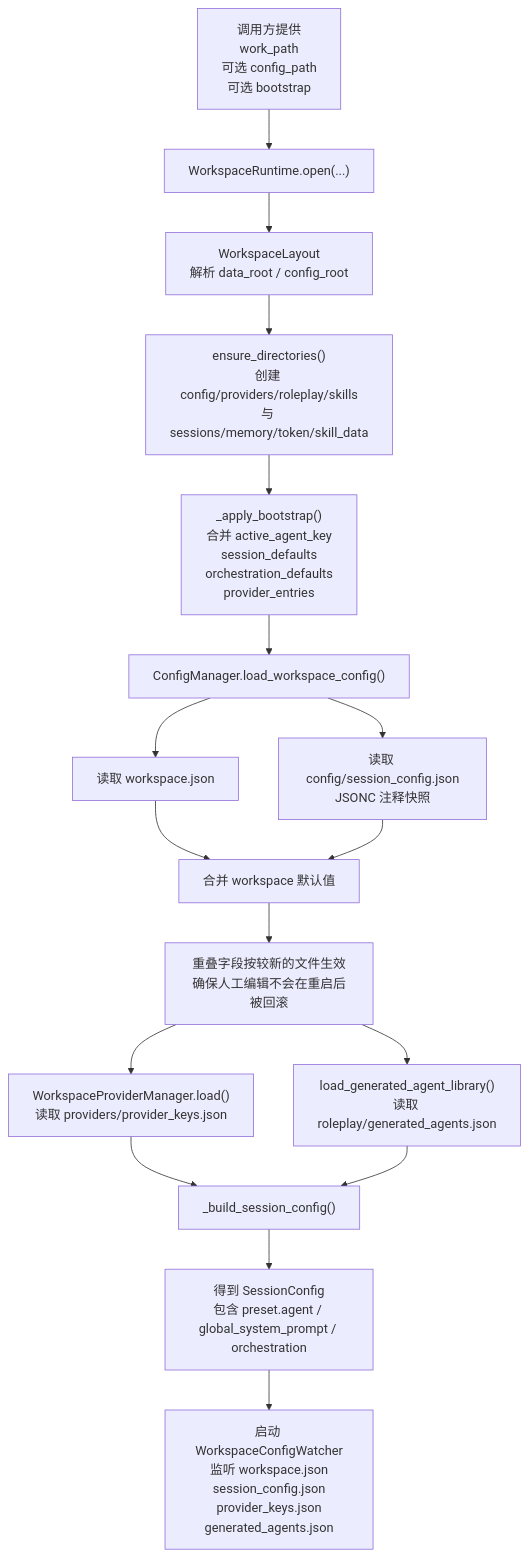
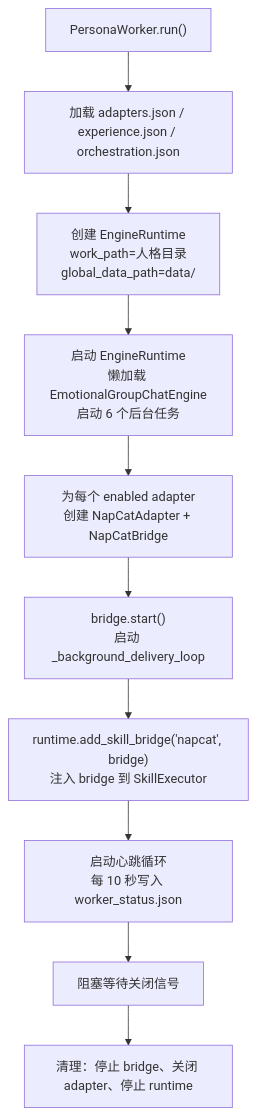
One commit to Sparrived/SiriusChat changed the third of 5 diagrams in docs/full-architecture-flow.md. Above: the diagram before and after it, drawn with Mermaid. The commit also changed other lines of this file and 4 other files, not shown here.

````diff
--- a/docs/full-architecture-flow.md
+++ b/docs/full-architecture-flow.md
@@ -57,19 +108,12 @@
 ```mermaid
 flowchart TD
-  A["调用方提供\nwork_path\n可选 config_path\n可选 bootstrap"] --> B["WorkspaceRuntime.open(...)"]
-  B --> C["WorkspaceLayout\n解析 data_root / config_root"]
-  C --> D["ensure_directories()\n创建 config/providers/roleplay/skills\n与 sessions/memory/token/skill_data"]
-  D --> E["_apply_bootstrap()\n合并 active_agent_key\nsession_defaults\norchestration_defaults\nprovider_entries"]
-  E --> F["ConfigManager.load_workspace_config()"]
-  F --> G["读取 workspace.json"]
-  F --> H["读取 config/session_config.json\nJSONC 注释快照"]
-  G --> I["合并 workspace 默认值"]
-  H --> I
-  I --> J["重叠字段按较新的文件生效\n确保人工编辑不会在重启后被回滚"]
-  J --> K["WorkspaceProviderManager.load()\n读取 providers/provider_keys.json"]
-  J --> L["load_generated_agent_library()\n读取 roleplay/generated_agents.json"]
-  K --> M["_build_session_config()"]
-  L --> M
-  M --> N["得到 SessionConfig\n包含 preset.agent / global_system_prompt / orchestration"]
-  N --> O["启动 WorkspaceConfigWatcher\n监听 workspace.json\nsession_config.json\nprovider_keys.json\ngenerated_agents.json"]
+    A["PersonaWorker.run()"] --> B["加载 adapters.json / experience.json / orchestration.json"]
+    B --> C["创建 EngineRuntime\nwork_path=人格目录\nglobal_data_path=data/"]
+    C --> D["启动 EngineRuntime\n懒加载 EmotionalGroupChatEngine\n启动 6 个后台任务"]
+    D --> E["为每个 enabled adapter\n创建 NapCatAdapter + NapCatBridge"]
+    E --> F["bridge.start()\n启动 _background_delivery_loop"]
+    F --> G["runtime.add_skill_bridge('napcat', bridge)\n注入 bridge 到 SkillExecutor"]
+    G --> H["启动心跳循环\n每 10 秒写入 worker_status.json"]
+    H --> I["阻塞等待关闭信号"]
+    I --> J["清理：停止 bridge、关闭 adapter、停止 runtime"]
 ```
````
